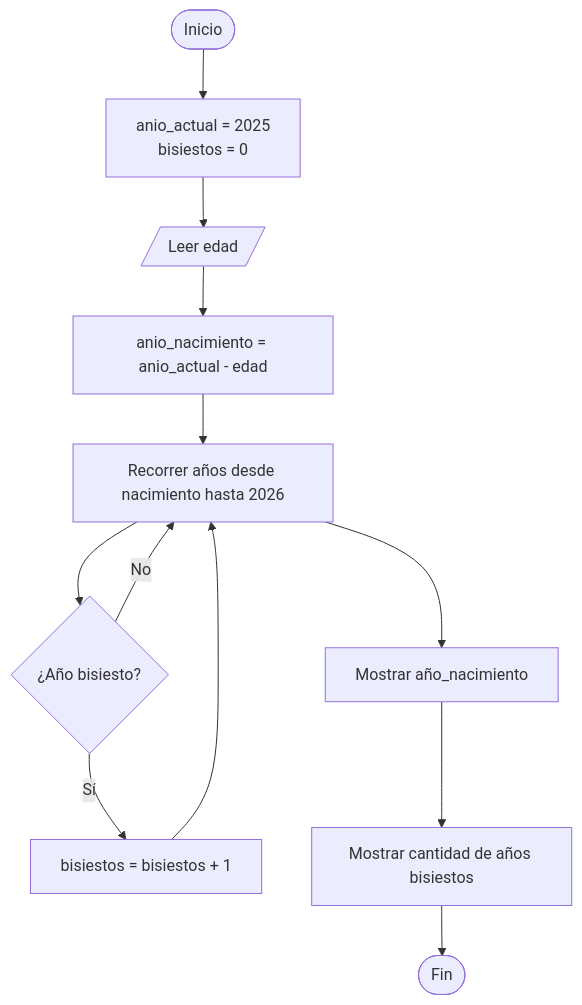
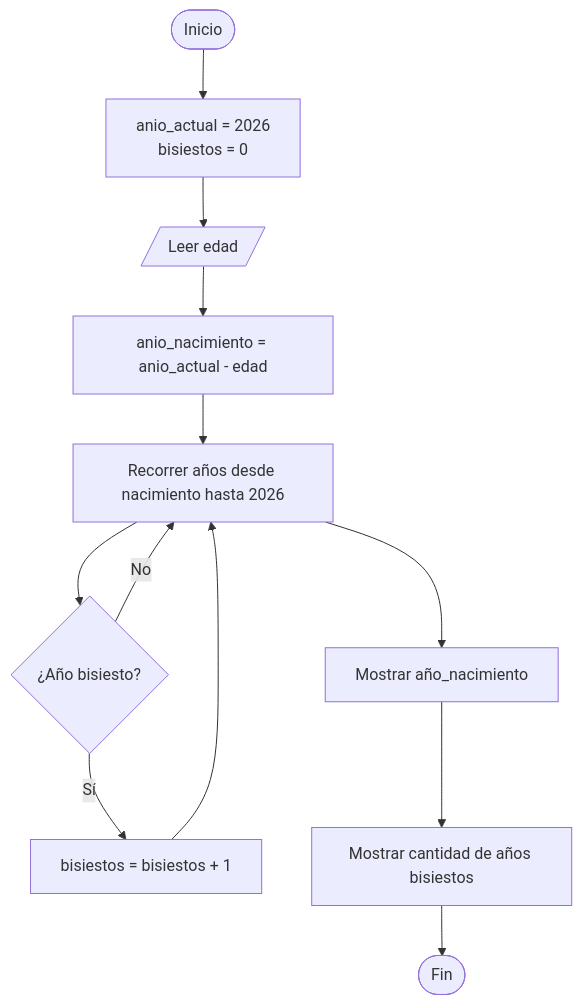
Before and after one commit to Abel-DB/Algoritmos-programacion: the diagram in Ejercicios/03-anio_bisiesto.md, drawn with Mermaid. The commit also changed 1 other file, not shown here.

Commit message:
agregando nuevo ejercicio

````diff
--- a/Ejercicios/03-anio_bisiesto.md
+++ b/Ejercicios/03-anio_bisiesto.md
@@ -180,39 +180,39 @@
 ```mermaid
 flowchart TD
 
     A([Inicio])
 
-    B[anio_actual = 2025<br/>bisiestos = 0]
+    B[anio_actual = 2026<br/>bisiestos = 0]
 
     C[/Leer edad/]
 
     D[anio_nacimiento = anio_actual - edad]
 
     E[Recorrer años desde nacimiento hasta 2026]
 
     F{"¿Año bisiesto?"}
 
     G[bisiestos = bisiestos + 1]
 
     H[Mostrar año_nacimiento]
 
     I[Mostrar cantidad de años bisiestos]
 
     J([Fin])
 
     A --> B
     B --> C
     C --> D
     D --> E
 
     E --> F
 
     F -->|Sí| G
     F -->|No| E
 
     G --> E
 
     E --> H
     H --> I
     I --> J
 ```
````
